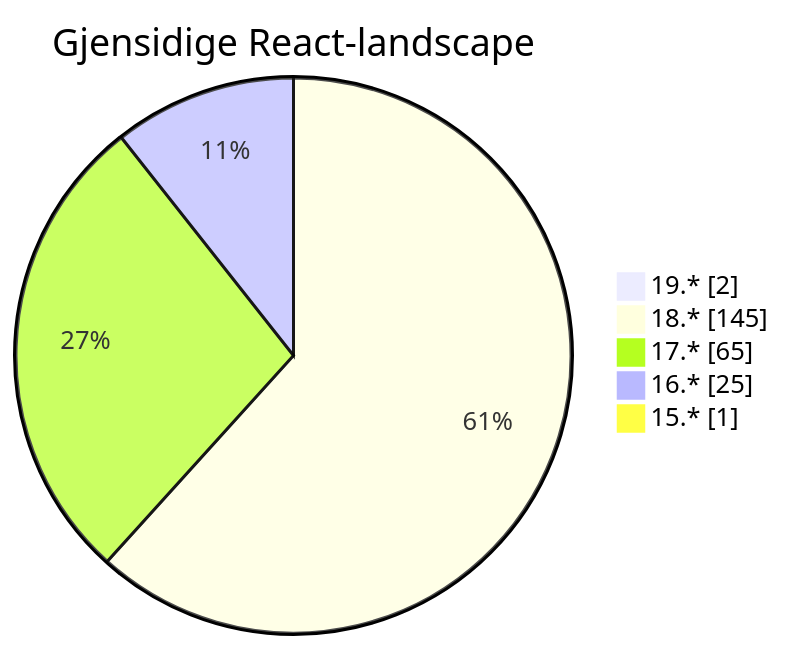
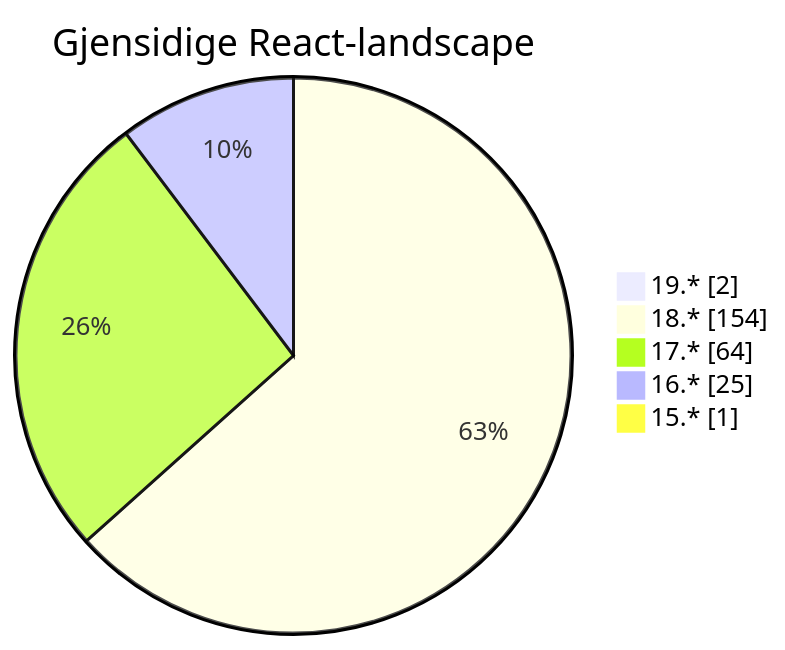
One commit to Bellfalasch/frontend-forum changed the second of 3 diagrams in slides.md. Above: the diagram before and after it, drawn with Mermaid. The commit also changed other lines of this file, not shown here.

````diff
--- a/slides.md
+++ b/slides.md
@@ -106,8 +106,8 @@
 ```mermaid
 pie showData title Gjensidige React-landscape
     "19.*" : 2
-    "18.*" : 145
-    "17.*" : 65
+    "18.*" : 154
+    "17.*" : 64
     "16.*" : 25
     "15.*" : 1
 ```
````
